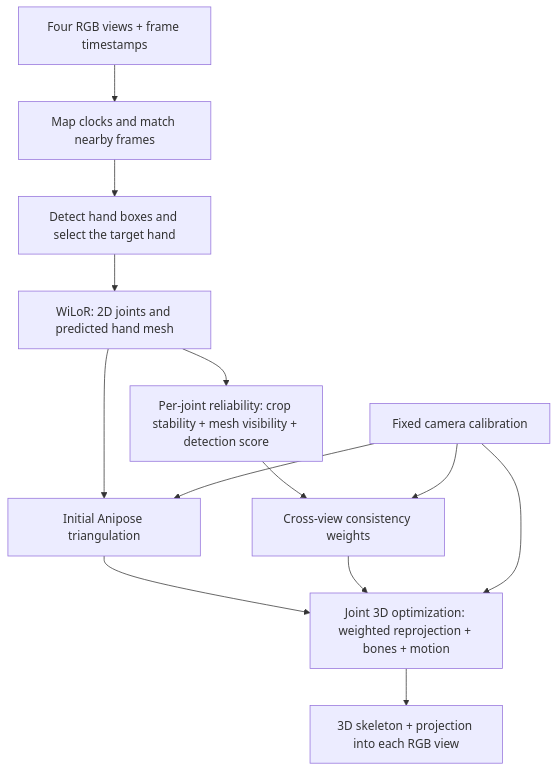
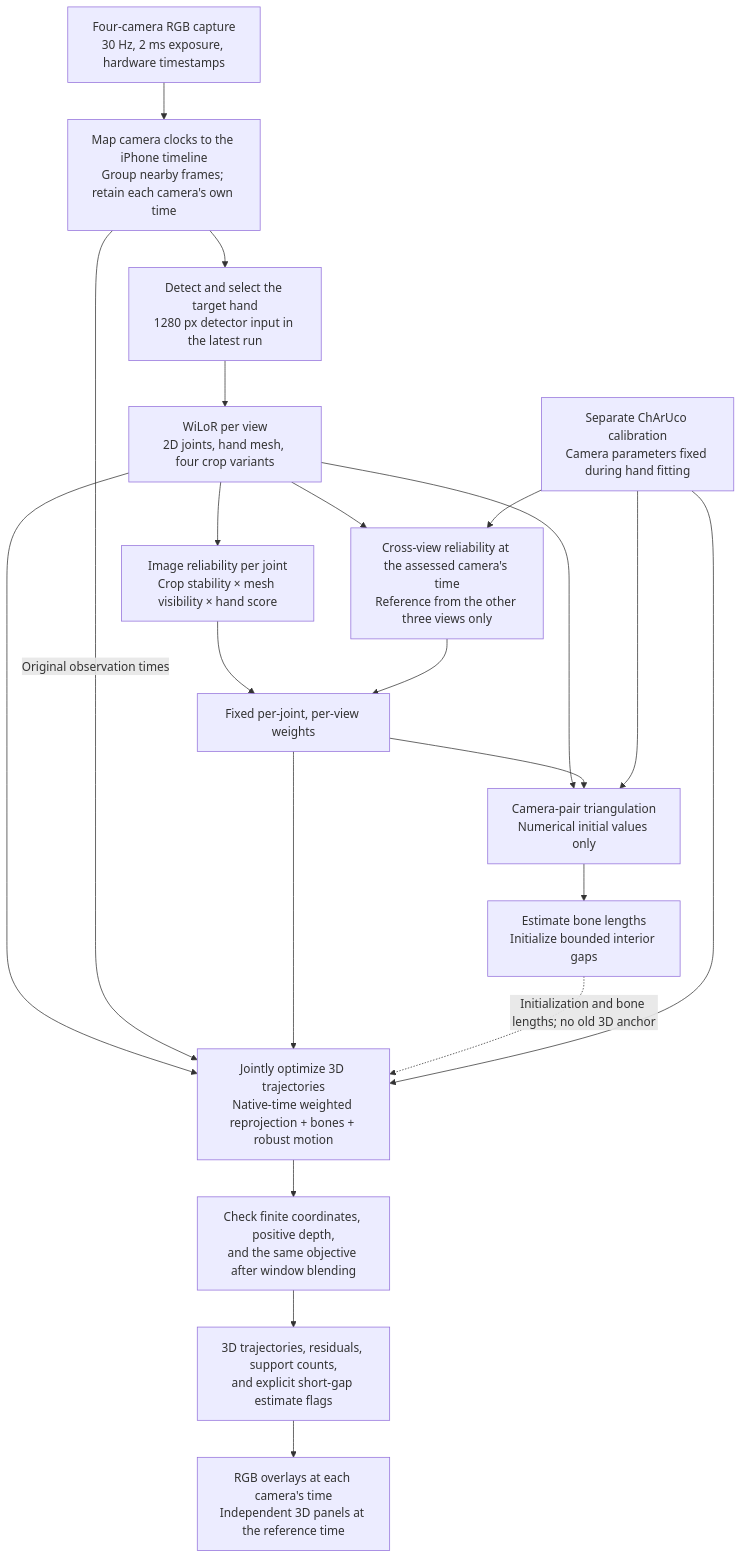
One commit to ShaCoZha/3DHandPoseCollection changed the diagram in MECHANICS.md. Above: the diagram before and after it, drawn with Mermaid. The commit also changed other lines of this file, not shown here.

Commit message:
Rewrite mechanics and flowchart around camera-time trajectory fitting

````diff
--- a/MECHANICS.md
+++ b/MECHANICS.md
@@ -11,15 +24,23 @@
 ```mermaid
 flowchart TD
-    A["Four RGB views + frame timestamps"] --> B["Map clocks and match nearby frames"]
-    B --> C["Detect hand boxes and select the target hand"]
-    C --> D["WiLoR: 2D joints and predicted hand mesh"]
-    D --> E["Initial Anipose triangulation"]
-    D --> F["Per-joint reliability: crop stability + mesh visibility + detection score"]
-    F --> G["Cross-view consistency weights"]
-    E --> H["Joint 3D optimization: weighted reprojection + bones + motion"]
+    A["Four-camera RGB capture<br/>30 Hz, 2 ms exposure, hardware timestamps"] --> B["Map camera clocks to the iPhone timeline<br/>Group nearby frames; retain each camera's own time"]
+    B --> C["Detect and select the target hand<br/>1280 px detector input in the latest run"]
+    C --> D["WiLoR per view<br/>2D joints, hand mesh, four crop variants"]
+    D --> E["Image reliability per joint<br/>Crop stability × mesh visibility × hand score"]
+    D --> F["Cross-view reliability at the assessed camera's time<br/>Reference from the other three views only"]
+    E --> G["Fixed per-joint, per-view weights"]
+    F --> G
+    D --> H["Camera-pair triangulation<br/>Numerical initial values only"]
     G --> H
-    K["Fixed camera calibration"] --> E
-    K --> G
+    H --> I["Estimate bone lengths<br/>Initialize bounded interior gaps"]
+    D --> J["Jointly optimize 3D trajectories<br/>Native-time weighted reprojection + bones + robust motion"]
+    B -->|"Original observation times"| J
+    G --> J
+    I -. "Initialization and bone lengths; no old 3D anchor" .-> J
+    K["Separate ChArUco calibration<br/>Camera parameters fixed during hand fitting"] --> F
     K --> H
-    H --> I["3D skeleton + projection into each RGB view"]
+    K --> J
+    J --> L["Check finite coordinates, positive depth,<br/>and the same objective after window blending"]
+    L --> M["3D trajectories, residuals, support counts,<br/>and explicit short-gap estimate flags"]
+    M --> N["RGB overlays at each camera's time<br/>Independent 3D panels at the reference time"]
 ```
````
